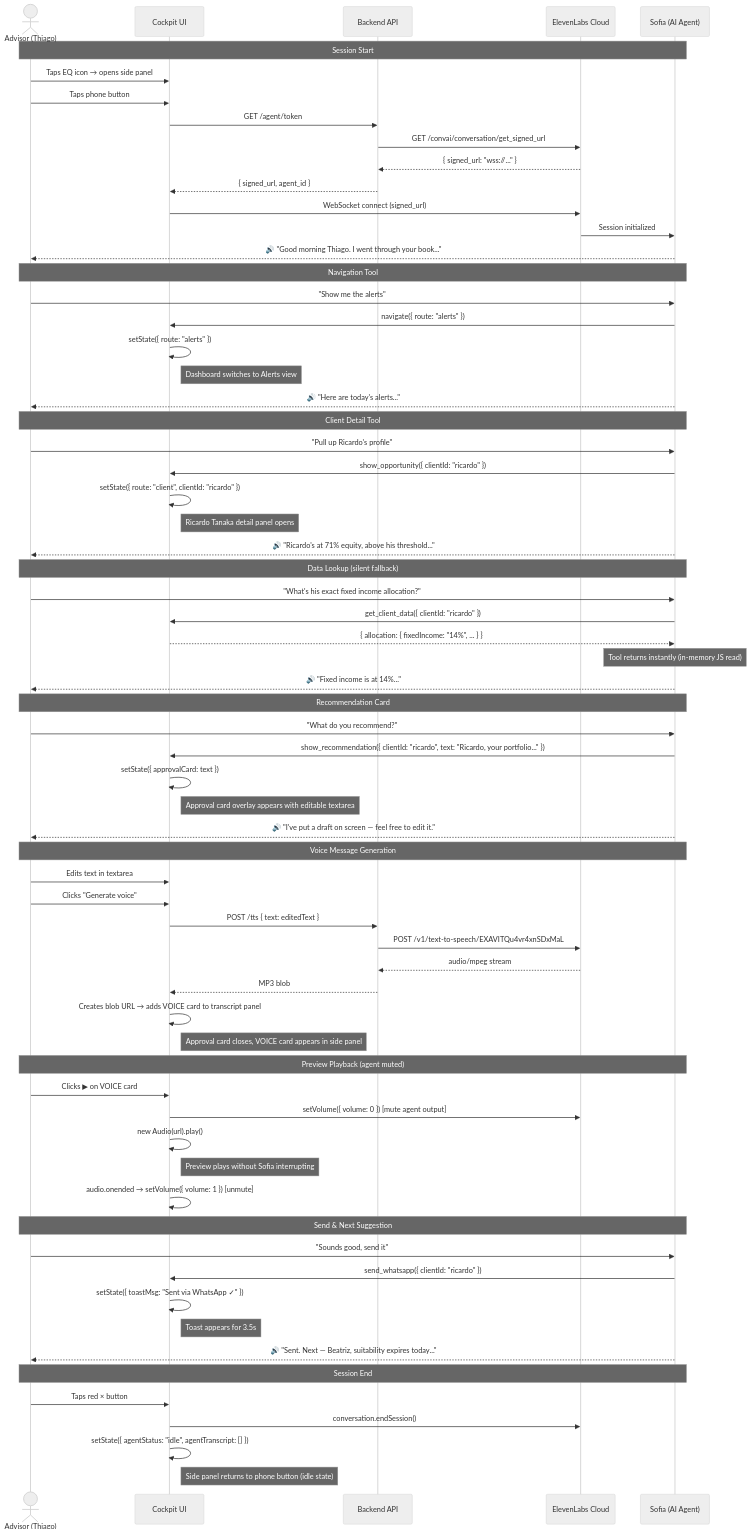
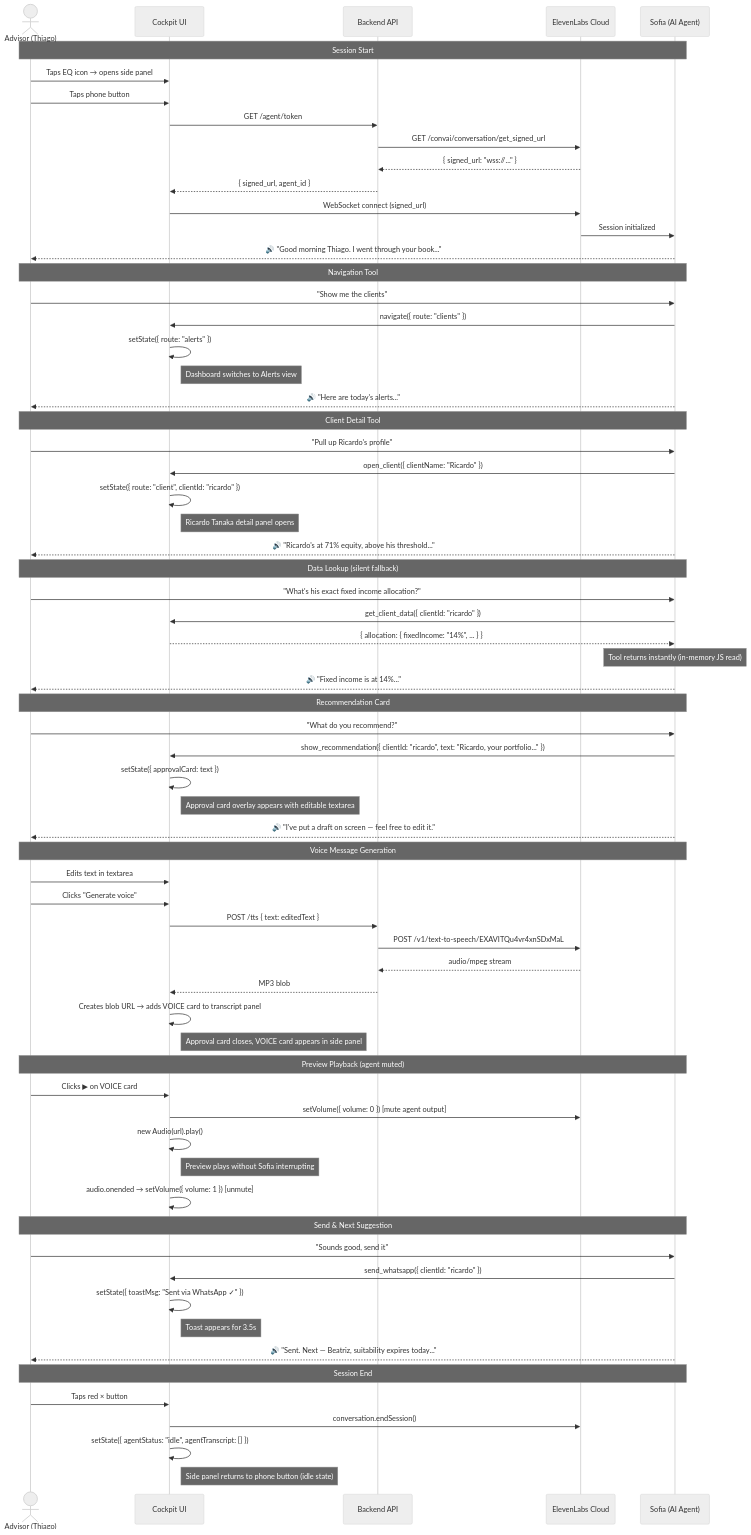
Before and after one commit to thoravieira/wealth-advisor-hub: the first of 3 diagrams in docs/flows/SOFIA_FLOW.md, drawn with Mermaid (neutral theme). The commit also changed other lines of this file and 8 other files, not shown here.

```diff
--- a/docs/flows/SOFIA_FLOW.md
+++ b/docs/flows/SOFIA_FLOW.md
@@ -28,8 +28,8 @@
 
     Note over Advisor,Sofia: Navigation Tool
 
-    Advisor->>Sofia: "Show me the alerts"
-    Sofia->>UI: navigate({ route: "alerts" })
+    Advisor->>Sofia: "Show me the clients"
+    Sofia->>UI: navigate({ route: "clients" })
     UI->>UI: setState({ route: "alerts" })
     Note right of UI: Dashboard switches to Alerts view
     Sofia-->>Advisor: 🔊 "Here are today's alerts..."
@@ -37,7 +37,7 @@
     Note over Advisor,Sofia: Client Detail Tool
 
     Advisor->>Sofia: "Pull up Ricardo's profile"
-    Sofia->>UI: show_opportunity({ clientId: "ricardo" })
+    Sofia->>UI: open_client({ clientName: "Ricardo" })
     UI->>UI: setState({ route: "client", clientId: "ricardo" })
     Note right of UI: Ricardo Tanaka detail panel opens
     Sofia-->>Advisor: 🔊 "Ricardo's at 71% equity, above his threshold..."
```
